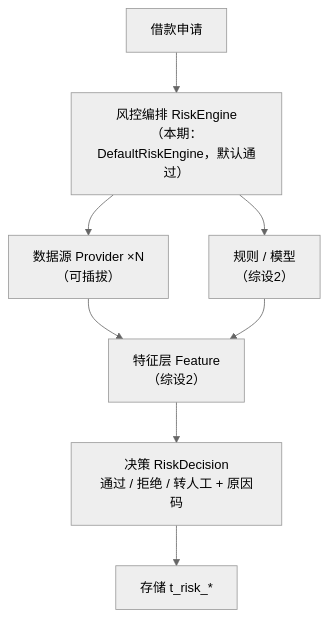
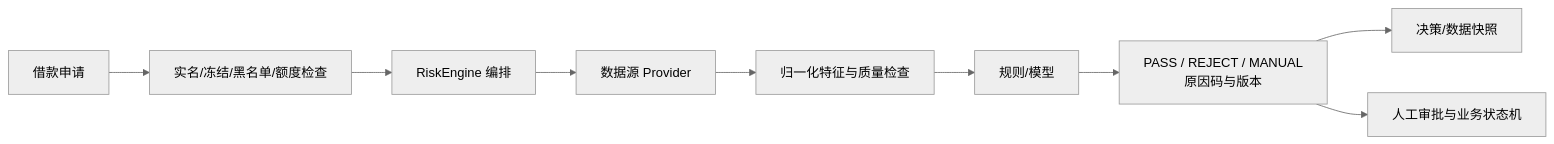
One commit to suwa-ko/FinLend changed the second of 2 diagrams in docs/06-扩展与演进规划.md. Above: the diagram before and after it, drawn with Mermaid (neutral theme). The commit also changed other lines of this file and 7 other files, not shown here.

````diff
--- a/docs/06-扩展与演进规划.md
+++ b/docs/06-扩展与演进规划.md
@@ -140,18 +115,11 @@
 ```mermaid
-flowchart TB
-    APP["借款申请"]
-    ENGINE["风控编排 RiskEngine<br/>（本期：DefaultRiskEngine，默认通过）"]
-    PROV["数据源 Provider ×N<br/>（可插拔）"]
-    RULE["规则 / 模型<br/>（综设2）"]
-    FEAT["特征层 Feature<br/>（综设2）"]
-    DEC["决策 RiskDecision<br/>通过 / 拒绝 / 转人工 + 原因码"]
-    STORE["存储 t_risk_*"]
-
-    APP --> ENGINE
-    ENGINE --> PROV
-    ENGINE --> RULE
-    PROV --> FEAT
-    RULE --> FEAT
-    FEAT --> DEC
-    DEC --> STORE
+flowchart LR
+    APP["借款申请"] --> CHECK["实名/冻结/黑名单/额度检查"]
+    CHECK --> ENGINE["RiskEngine 编排"]
+    ENGINE --> PROVIDER["数据源 Provider"]
+    PROVIDER --> FEATURE["归一化特征与质量检查"]
+    FEATURE --> MODEL["规则/模型"]
+    MODEL --> DECISION["PASS / REJECT / MANUAL<br/>原因码与版本"]
+    DECISION --> STORE["决策/数据快照"]
+    DECISION --> ADMIN["人工审批与业务状态机"]
 ```
````
